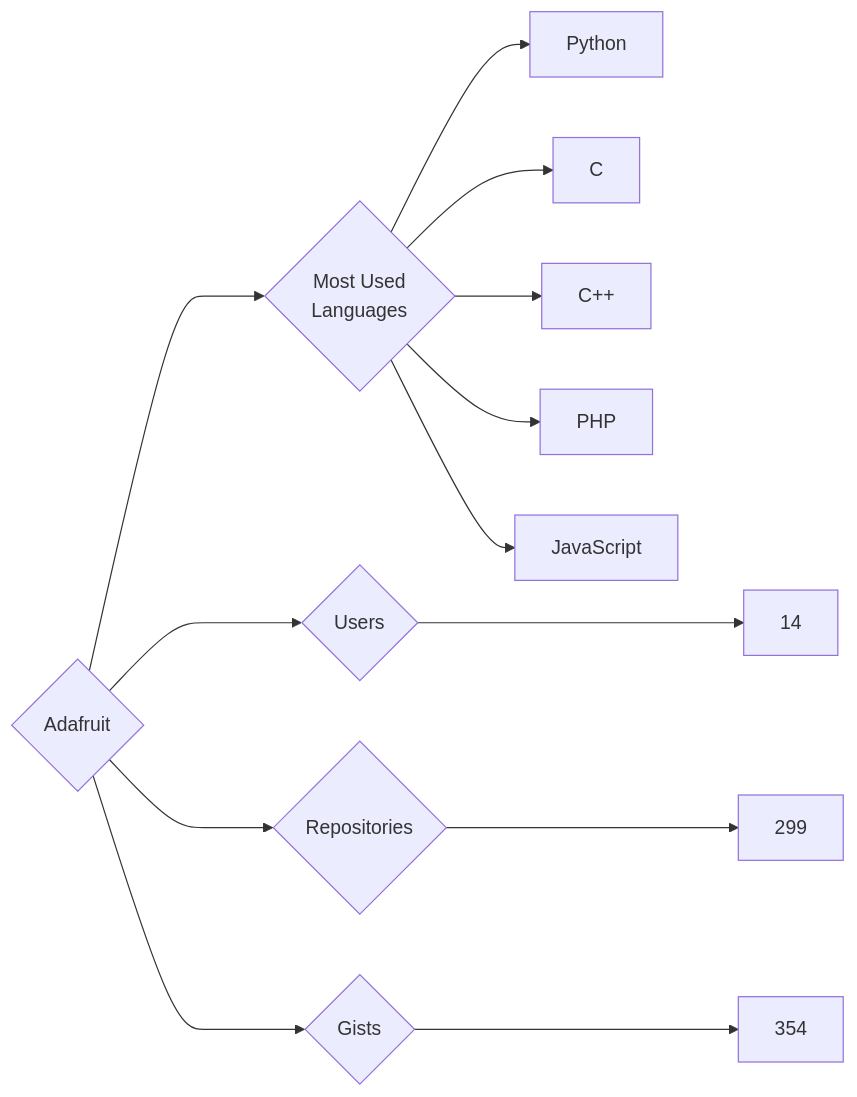
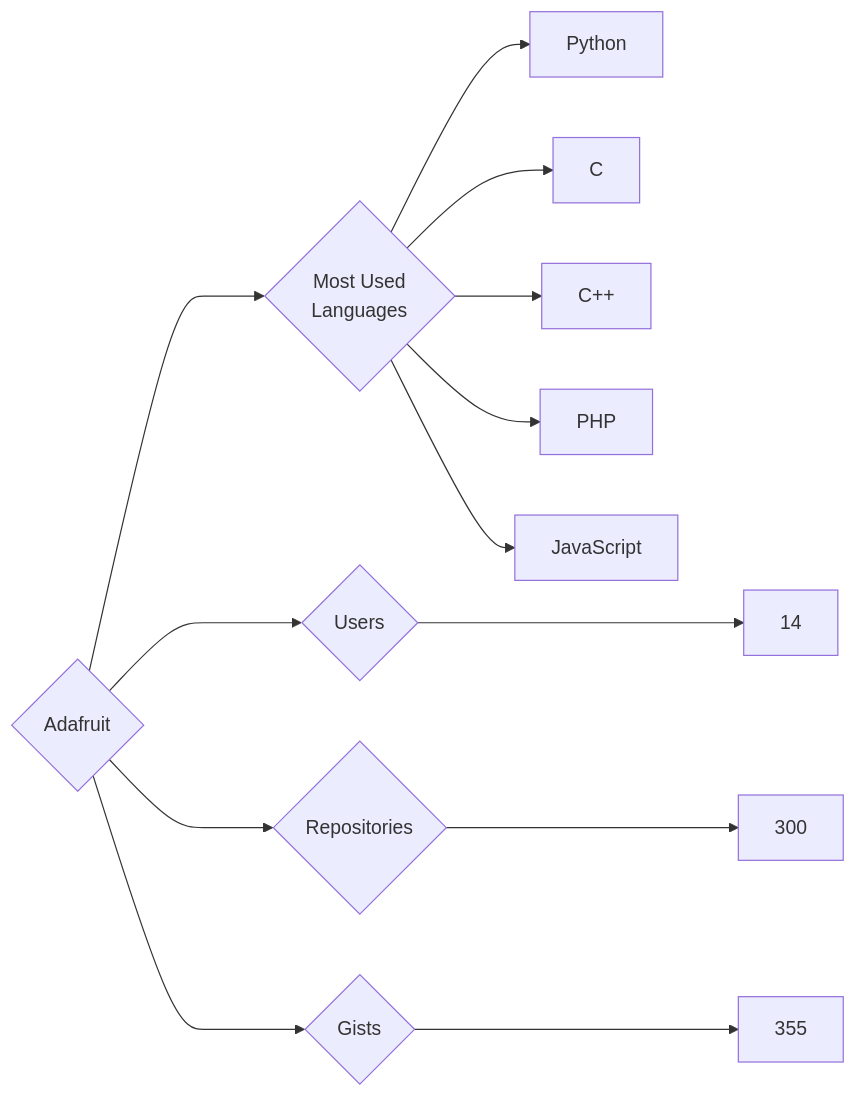
One commit to trickest/insiders changed the diagram in targets/Adafruit/README.md. Above: the diagram before and after it, drawn with Mermaid. The commit also changed 636 other files, not shown here.

````diff
--- a/targets/Adafruit/README.md
+++ b/targets/Adafruit/README.md
@@ -3,13 +3,13 @@
 ```mermaid
 graph LR
 COMPANY_NAME{Adafruit}
 COMPANY_NAME ---> U{Users} ---> UN[14]
-COMPANY_NAME ---> R{Repositories} ---> RN[299]
-COMPANY_NAME ---> G{Gists} ---> GN[354]
+COMPANY_NAME ---> R{Repositories} ---> RN[300]
+COMPANY_NAME ---> G{Gists} ---> GN[355]
 COMPANY_NAME ---> ML{Most Used<br>Languages}
 ML --> Python[Python]
 ML --> C[C]
 ML --> C++[C++]
 ML --> PHP[PHP]
 ML --> JavaScript[JavaScript]
 ```
````
